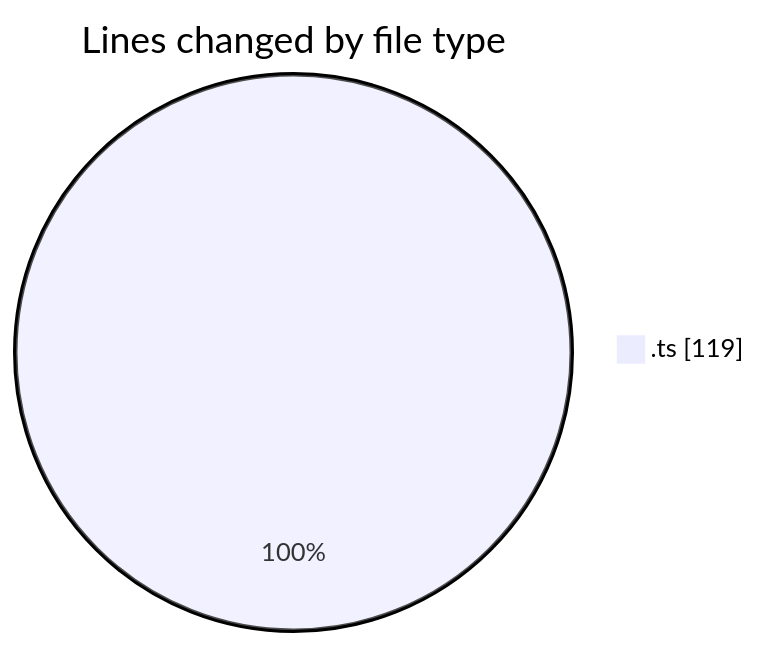
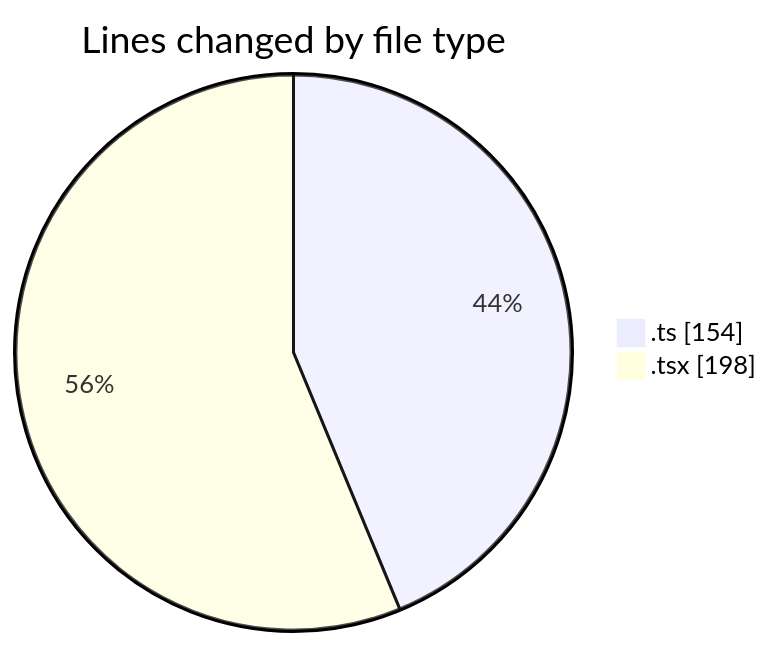
Before and after one commit to momahboobian/code-tracking: the first of 2 diagrams in 2025-12-02/cda/README.md, drawn with Mermaid. The commit also changed other lines of this file and 1 other file, not shown here.

````diff
--- a/2025-12-02/cda/README.md
+++ b/2025-12-02/cda/README.md
@@ -20,5 +22,6 @@
 ```mermaid
 pie showData
 title Lines changed by file type
-".ts" : 119
+".ts" : 154
+".tsx" : 198
 ```
````
